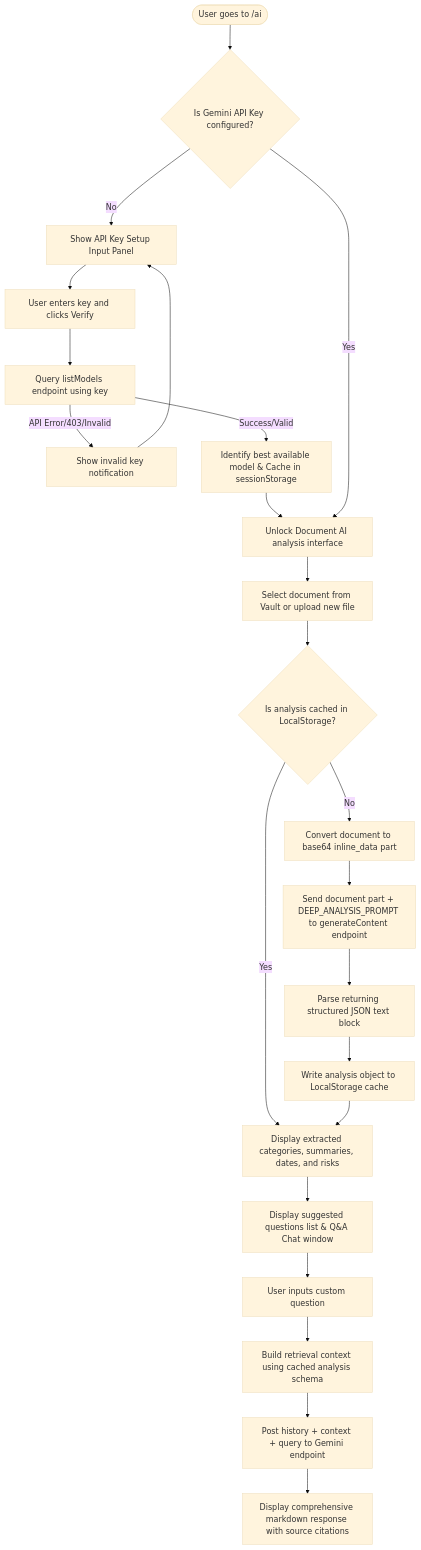
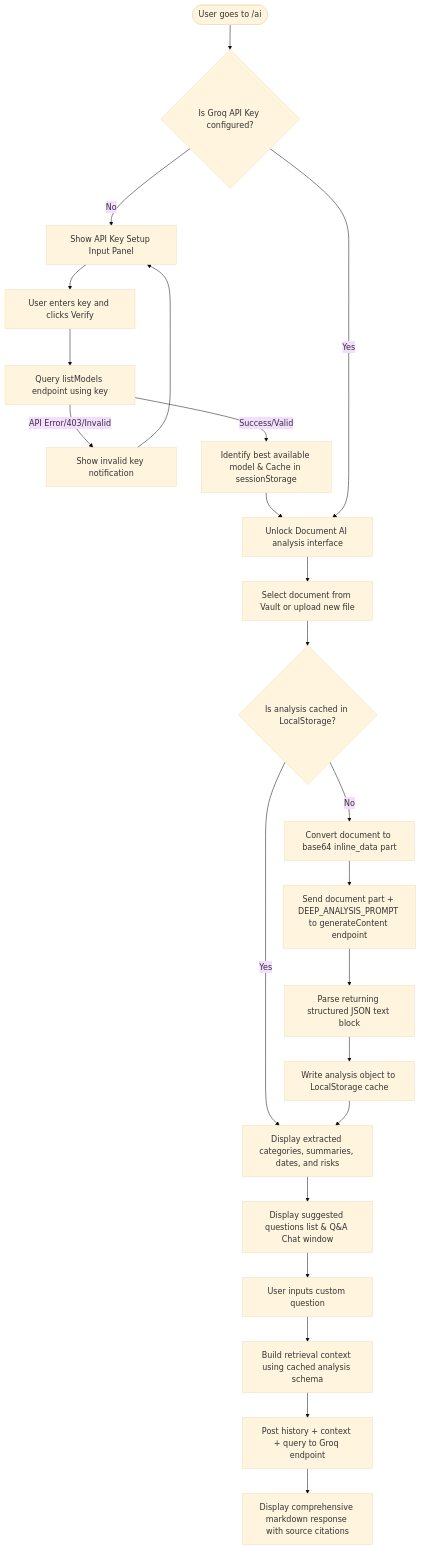
The sixth of 6 diagrams in PRD.md (silent-knight-22/career-document-hub), drawn with Mermaid (base theme) before and after one commit. The commit also changed other lines of this file and 5 other files, not shown here.

Commit message:
refactor: rename geminiService to groqService, clean up duplicate Repository_Overview, and finalize Groq rebrand

````diff
--- a/PRD.md
+++ b/PRD.md
@@ -293,32 +293,32 @@
 ```mermaid
 flowchart TD
-    Key1([User goes to /ai]) --> Key2{Is Gemini API Key configured?}
+    Key1([User goes to /ai]) --> Key2{Is Groq API Key configured?}
     Key2 -- No --> SetupKey[Show API Key Setup Input Panel]
     SetupKey --> KeySubmit[User enters key and clicks Verify]
     KeySubmit --> APIReq[Query listModels endpoint using key]
     
     APIReq -- API Error/403/Invalid --> KeyErr[Show invalid key notification]
     KeyErr --> SetupKey
     
     APIReq -- Success/Valid --> ResolveModel[Identify best available model & Cache in sessionStorage]
     ResolveModel --> EnableWork[Unlock Document AI analysis interface]
     
     Key2 -- Yes --> EnableWork
     
     EnableWork --> DocSelect[Select document from Vault or upload new file]
     DocSelect --> CheckCache{Is analysis cached in LocalStorage?}
     
     CheckCache -- Yes --> RenderAnalysis[Display extracted categories, summaries, dates, and risks]
     
     CheckCache -- No --> AIReq[Convert document to base64 inline_data part]
     AIReq --> Prompt[Send document part + DEEP_ANALYSIS_PROMPT to generateContent endpoint]
     Prompt --> Parse[Parse returning structured JSON text block]
     Parse --> Cache[Write analysis object to LocalStorage cache]
     Cache --> RenderAnalysis
     
     RenderAnalysis --> ChatInit[Display suggested questions list & Q&A Chat window]
     ChatInit --> UserAsk[User inputs custom question]
     UserAsk --> BuildCtx[Build retrieval context using cached analysis schema]
-    BuildCtx --> CallGemini[Post history + context + query to Gemini endpoint]
-    CallGemini --> PrintAnswer[Display comprehensive markdown response with source citations]
+    BuildCtx --> CallGroq[Post history + context + query to Groq endpoint]
+    CallGroq --> PrintAnswer[Display comprehensive markdown response with source citations]
 ```
````
